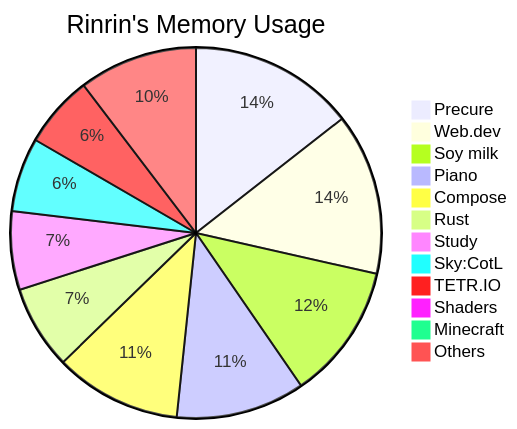
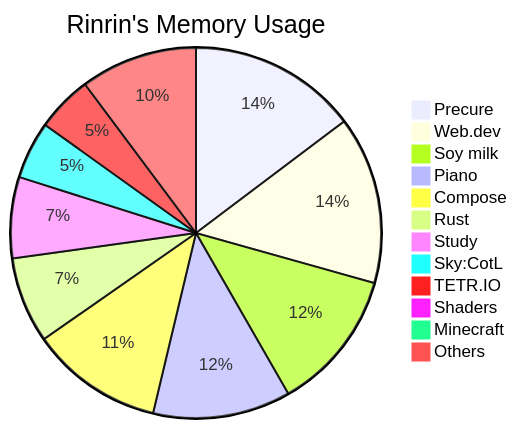
The diagram in README.md (Rinrin0413/Rinrin0413), drawn with Mermaid before and after one commit.

Commit message:
🛠 Update: Rinrin's Memory Usage

````diff
--- a/README.md
+++ b/README.md
@@ -76,15 +76,15 @@
 ```mermaid
 pie title Rinrin's Memory Usage
-    "Precure": 590
-    "Web.dev": 576
-    "Soy milk": 485
-    "Piano": 460
-    "Compose": 452
-    "Rust": 299
-    "Study": 280
-    "Sky:CotL": 264
-    "TETR.IO": 257
-    "Shaders": 36
+    "Precure": 593
+    "Web.dev": 589
+    "Soy milk": 497
+    "Piano": 484
+    "Compose": 466
+    "Rust": 302
+    "Study": 285
+    "Sky:CotL": 202
+    "TETR.IO": 197
+    "Shaders": 34
     "Minecraft": 30
-    "Others": 423
+    "Others": 411
 ```
````
